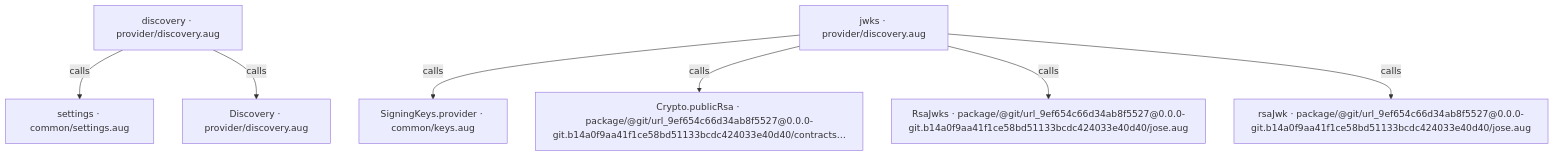
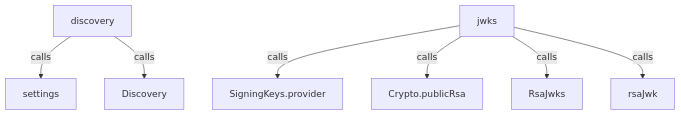
One commit to GreenPandaStudios/augscript changed the second of 4 diagrams in docs/examples/oidc-login/provider/discovery-diagrams.md. Above: the diagram before and after it, drawn with Mermaid. The commit also changed other lines of this file and 524 other files, not shown here.

Commit message:
Explain checked data flow at folder and service levels

````diff
--- a/docs/examples/oidc-login/provider/discovery-diagrams.md
+++ b/docs/examples/oidc-login/provider/discovery-diagrams.md
@@ -39,17 +35,17 @@
 ```mermaid
 flowchart TD
-    n0["SigningKeys.provider · common/keys.aug"]
-    n1["settings · common/settings.aug"]
-    n2["Crypto.publicRsa · package/@git/url_9ef654c66d34ab8f5527@0.0.0-git.b14a0f9aa41f1ce58bd51133bcdc424033e40d40/contracts…"]
-    n3["RsaJwks · package/@git/url_9ef654c66d34ab8f5527@0.0.0-git.b14a0f9aa41f1ce58bd51133bcdc424033e40d40/jose.aug"]
-    n4["rsaJwk · package/@git/url_9ef654c66d34ab8f5527@0.0.0-git.b14a0f9aa41f1ce58bd51133bcdc424033e40d40/jose.aug"]
-    n5["Discovery · provider/discovery.aug"]
-    n6["discovery · provider/discovery.aug"]
-    n7["jwks · provider/discovery.aug"]
+    n0["SigningKeys.provider"]
+    n1["settings"]
+    n2["Crypto.publicRsa"]
+    n3["RsaJwks"]
+    n4["rsaJwk"]
+    n5["Discovery"]
+    n6["discovery"]
+    n7["jwks"]
     n6 -->|"calls"| n1
     n6 -->|"calls"| n5
     n7 -->|"calls"| n0
     n7 -->|"calls"| n2
     n7 -->|"calls"| n3
     n7 -->|"calls"| n4
 ```
````
